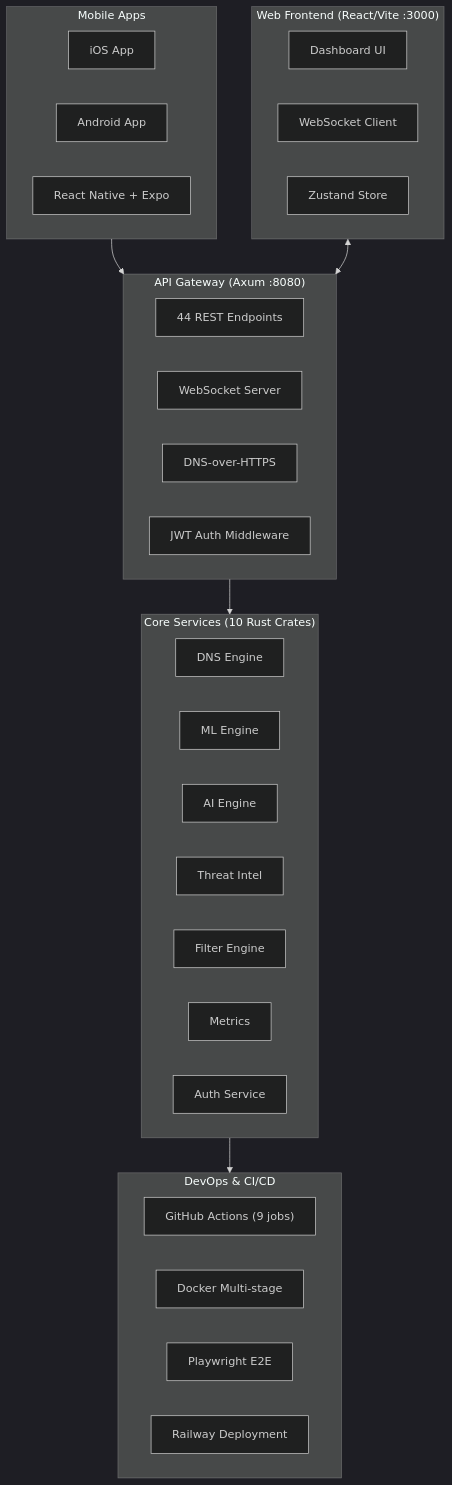
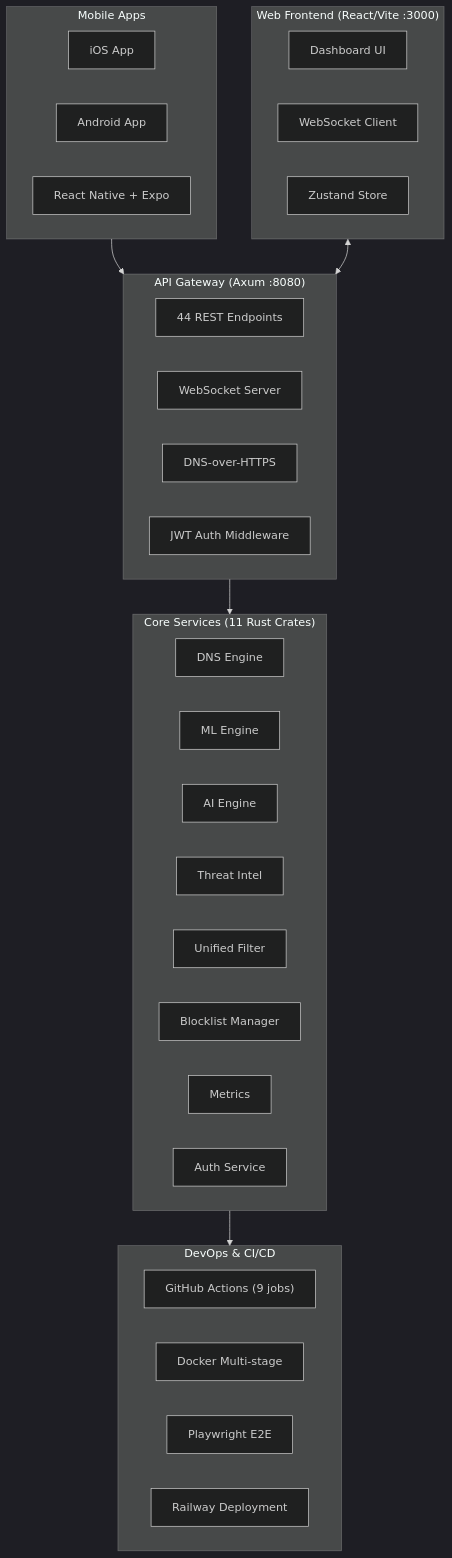
Before and after one commit to punitmishra/shield-ai: the first of 2 diagrams in CHECKPOINT.md, drawn with Mermaid (dark theme). The commit also changed other lines of this file, not shown here.

First line of the commit message:
docs: Update checkpoint for session 20 - unified filter fixes

````diff
--- a/CHECKPOINT.md
+++ b/CHECKPOINT.md
@@ -32,43 +32,44 @@
 ```mermaid
 flowchart TB
     subgraph Mobile["Mobile Apps"]
         iOS["iOS App"]
         Android["Android App"]
         RN["React Native + Expo"]
     end
 
     subgraph Frontend["Web Frontend (React/Vite :3000)"]
         UI["Dashboard UI"]
         WS["WebSocket Client"]
         Store["Zustand Store"]
     end
 
     subgraph API["API Gateway (Axum :8080)"]
         REST["44 REST Endpoints"]
         WSS["WebSocket Server"]
         DoH["DNS-over-HTTPS"]
         Auth["JWT Auth Middleware"]
     end
 
-    subgraph Core["Core Services (10 Rust Crates)"]
+    subgraph Core["Core Services (11 Rust Crates)"]
         DNS["DNS Engine"]
         ML["ML Engine"]
         AI["AI Engine"]
         TI["Threat Intel"]
-        Filter["Filter Engine"]
+        Filter["Unified Filter"]
+        Blocklist["Blocklist Manager"]
         Metrics["Metrics"]
         AuthSvc["Auth Service"]
     end
 
     subgraph DevOps["DevOps & CI/CD"]
         GHA["GitHub Actions (9 jobs)"]
         Docker["Docker Multi-stage"]
         E2E["Playwright E2E"]
         Railway["Railway Deployment"]
     end
 
     Mobile --> API
     Frontend <--> API
     API --> Core
     Core --> DevOps
 ```
````
